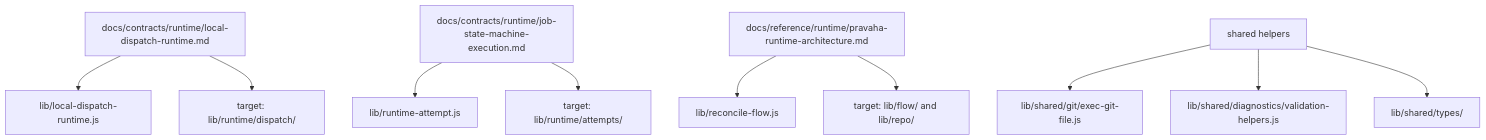
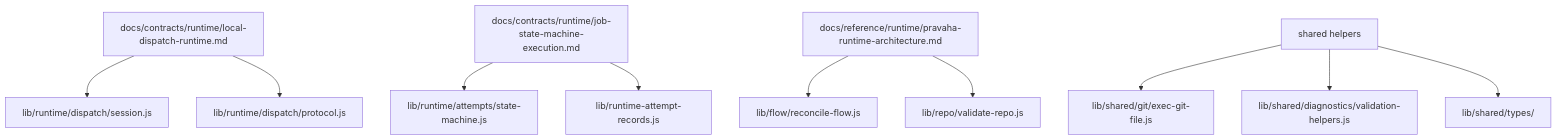
One commit to mantoni/pravaha changed the diagram in docs/reference/runtime/runtime-code-map.md. Above: the diagram before and after it, drawn with Mermaid. The commit also changed other lines of this file and 61 other files, not shown here.

````diff
--- a/docs/reference/runtime/runtime-code-map.md
+++ b/docs/reference/runtime/runtime-code-map.md
@@ -104,12 +106,12 @@
 ```mermaid
 graph TD
-  A["docs/contracts/runtime/local-dispatch-runtime.md"] --> B["lib/local-dispatch-runtime.js"]
-  A --> C["target: lib/runtime/dispatch/"]
-  D["docs/contracts/runtime/job-state-machine-execution.md"] --> E["lib/runtime-attempt.js"]
-  D --> F["target: lib/runtime/attempts/"]
-  G["docs/reference/runtime/pravaha-runtime-architecture.md"] --> H["lib/reconcile-flow.js"]
-  G --> I["target: lib/flow/ and lib/repo/"]
+  A["docs/contracts/runtime/local-dispatch-runtime.md"] --> B["lib/runtime/dispatch/session.js"]
+  A --> C["lib/runtime/dispatch/protocol.js"]
+  D["docs/contracts/runtime/job-state-machine-execution.md"] --> E["lib/runtime/attempts/state-machine.js"]
+  D --> F["lib/runtime-attempt-records.js"]
+  G["docs/reference/runtime/pravaha-runtime-architecture.md"] --> H["lib/flow/reconcile-flow.js"]
+  G --> I["lib/repo/validate-repo.js"]
   J["shared helpers"] --> K["lib/shared/git/exec-git-file.js"]
   J --> L["lib/shared/diagnostics/validation-helpers.js"]
   J --> M["lib/shared/types/"]
 ```
````
